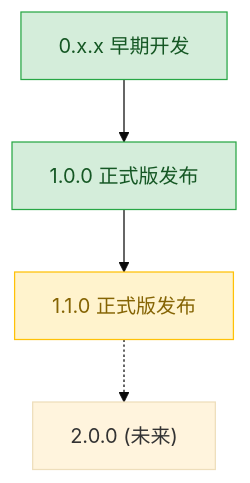
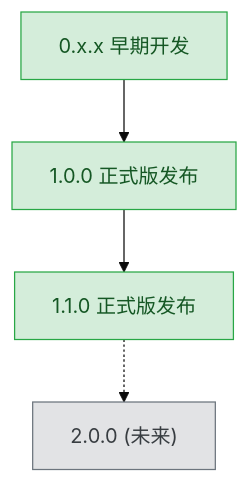
The diagram in plans/README.md (3667808244/EazyMake), drawn with Mermaid (base theme) before and after one commit. The commit also changed other lines of this file and 3 other files, not shown here.

````diff
--- a/plans/README.md
+++ b/plans/README.md
@@ -50,18 +51,18 @@
 ```mermaid
 graph TD
     v0xx["0.x.x 早期开发"]
     v100["1.0.0 正式版发布"]
     v110["1.1.0 正式版发布"]
     v200["2.0.0 (未来)"]
 
     v0xx --> v100
     v100 --> v110
     v110 -.-> v200
 
     classDef done fill:#d4edda,stroke:#28a745,color:#155724;
     classDef active fill:#fff3cd,stroke:#ffc107,color:#856404;
     classDef todo fill:#e2e3e5,stroke:#6c757d,color:#383d41;
 
-    class v0xx,v100 done;
-    class v110 active;
+    class v0xx,v100,v110 done;
+    class v200 todo;
 ```
````
